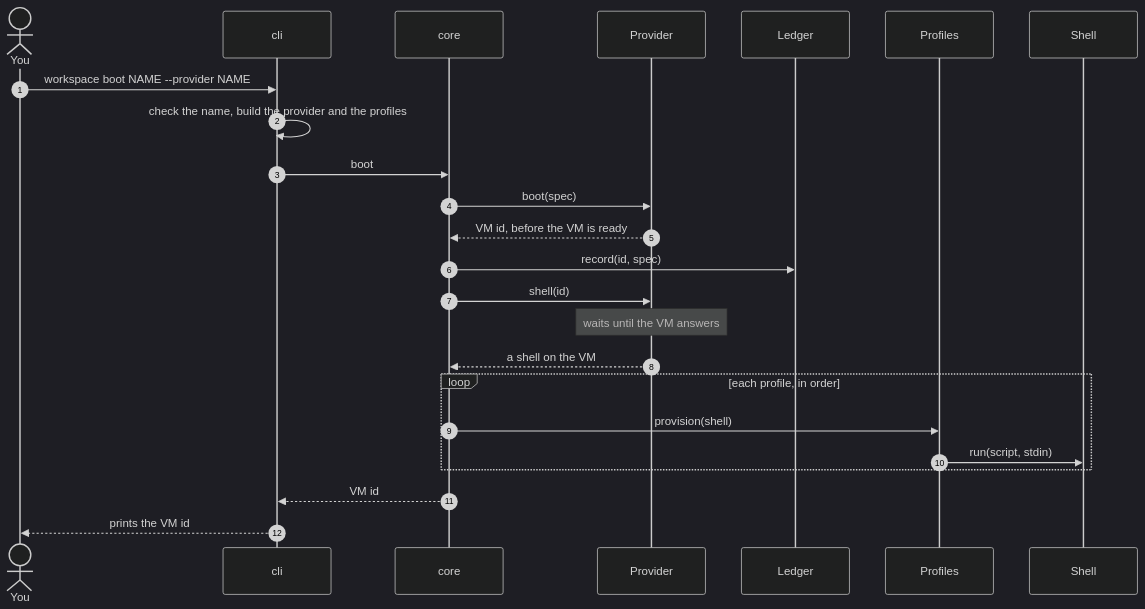
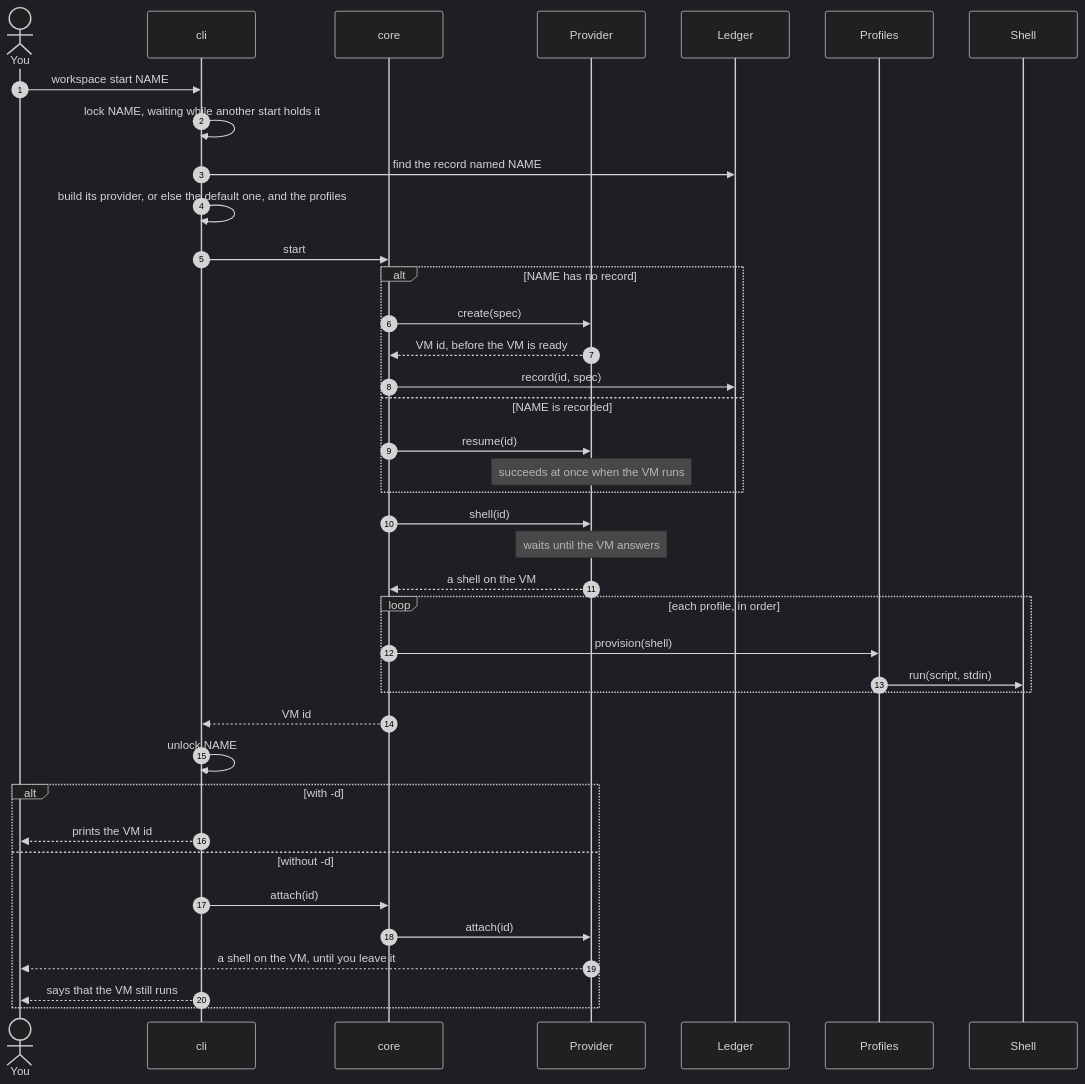
One commit to NextNodeSolutions/workspace changed the third of 6 diagrams in docs/architecture.md. Above: the diagram before and after it, drawn with Mermaid (dark theme). The commit also changed other lines of this file and 28 other files, not shown here.

First line of the commit message:
feat: setup once, then start, stop and list VMs by name (#5)

````diff
--- a/docs/architecture.md
+++ b/docs/architecture.md
@@ -60,26 +63,41 @@
 ```mermaid
 sequenceDiagram
     autonumber
     actor You
     participant CLI as cli
     participant Core as core
     participant P as Provider
     participant L as Ledger
     participant Pr as Profiles
     participant S as Shell
-    You->>CLI: workspace boot NAME --provider NAME
-    CLI->>CLI: check the name, build the provider and the profiles
-    CLI->>Core: boot
-    Core->>P: boot(spec)
-    P-->>Core: VM id, before the VM is ready
-    Core->>L: record(id, spec)
+    You->>CLI: workspace start NAME
+    CLI->>CLI: lock NAME, waiting while another start holds it
+    CLI->>L: find the record named NAME
+    CLI->>CLI: build its provider, or else the default one, and the profiles
+    CLI->>Core: start
+    alt NAME has no record
+        Core->>P: create(spec)
+        P-->>Core: VM id, before the VM is ready
+        Core->>L: record(id, spec)
+    else NAME is recorded
+        Core->>P: resume(id)
+        Note over P: succeeds at once when the VM runs
+    end
     Core->>P: shell(id)
     Note over P: waits until the VM answers
     P-->>Core: a shell on the VM
     loop each profile, in order
         Core->>Pr: provision(shell)
         Pr->>S: run(script, stdin)
     end
     Core-->>CLI: VM id
-    CLI-->>You: prints the VM id
+    CLI->>CLI: unlock NAME
+    alt with -d
+        CLI-->>You: prints the VM id
+    else without -d
+        CLI->>Core: attach(id)
+        Core->>P: attach(id)
+        P-->>You: a shell on the VM, until you leave it
+        CLI-->>You: says that the VM still runs
+    end
 ```
````
